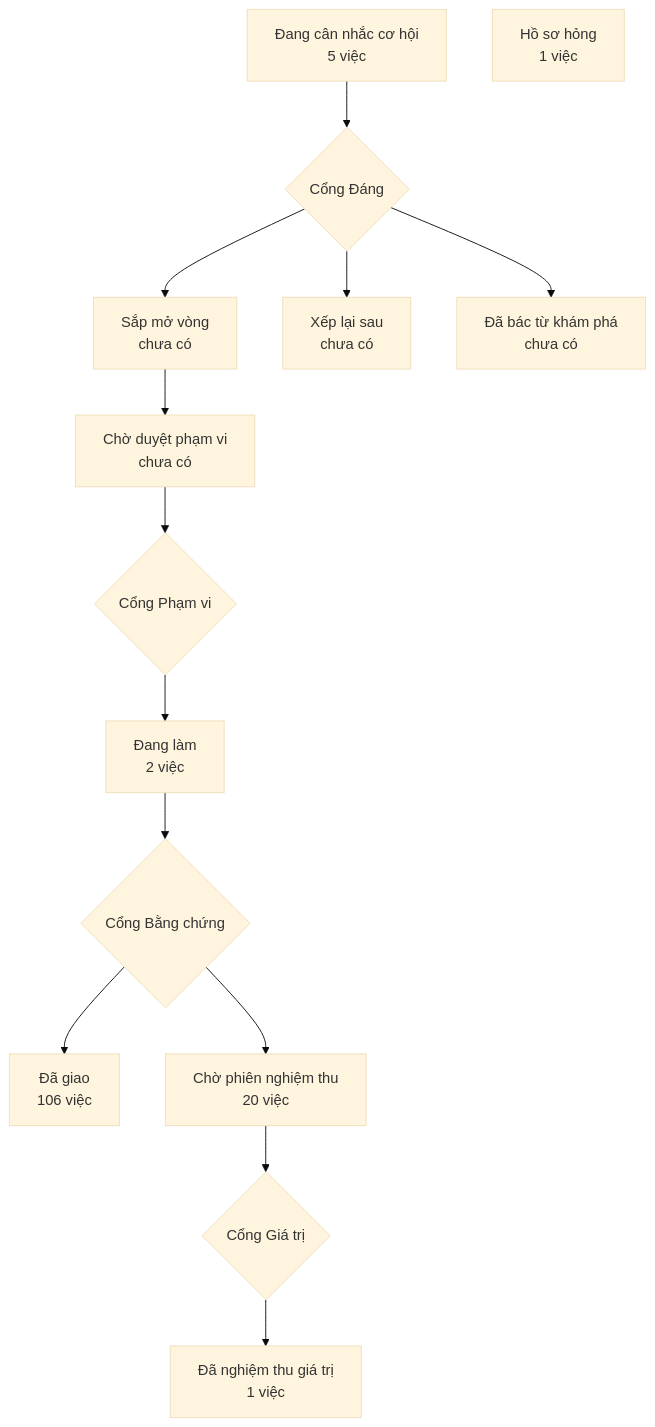
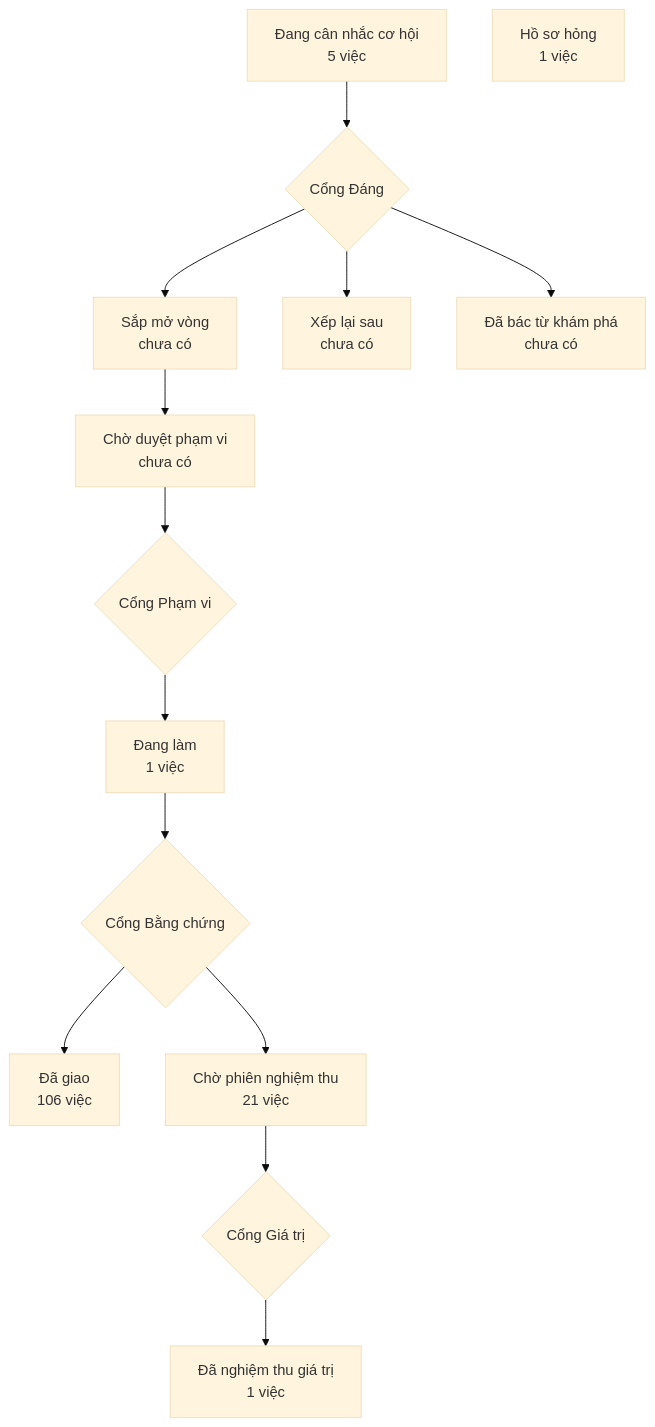
One commit to phanlemanh/crm-onehub changed the diagram in PRODUCT-MAP.md. Above: the diagram before and after it, drawn with Mermaid (base theme). The commit also changed 3 other files, not shown here.

````diff
--- a/PRODUCT-MAP.md
+++ b/PRODUCT-MAP.md
@@ -6,13 +6,13 @@
 ```mermaid
 flowchart TD
   A["Đang cân nhắc cơ hội<br/>5 việc"] --> GD{"Cổng Đáng"}
   GD --> B["Sắp mở vòng<br/>chưa có"]
   GD --> XL["Xếp lại sau<br/>chưa có"]
   GD --> DB["Đã bác từ khám phá<br/>chưa có"]
   B --> CD["Chờ duyệt phạm vi<br/>chưa có"] --> GP{"Cổng Phạm vi"}
-  GP --> DL["Đang làm<br/>2 việc"] --> GB{"Cổng Bằng chứng"}
+  GP --> DL["Đang làm<br/>1 việc"] --> GB{"Cổng Bằng chứng"}
   GB --> DG["Đã giao<br/>106 việc"]
-  GB --> CN["Chờ phiên nghiệm thu<br/>20 việc"] --> GG{"Cổng Giá trị"}
+  GB --> CN["Chờ phiên nghiệm thu<br/>21 việc"] --> GG{"Cổng Giá trị"}
   GG --> NT["Đã nghiệm thu giá trị<br/>1 việc"]
   HS["Hồ sơ hỏng<br/>1 việc"]
 ```
````
